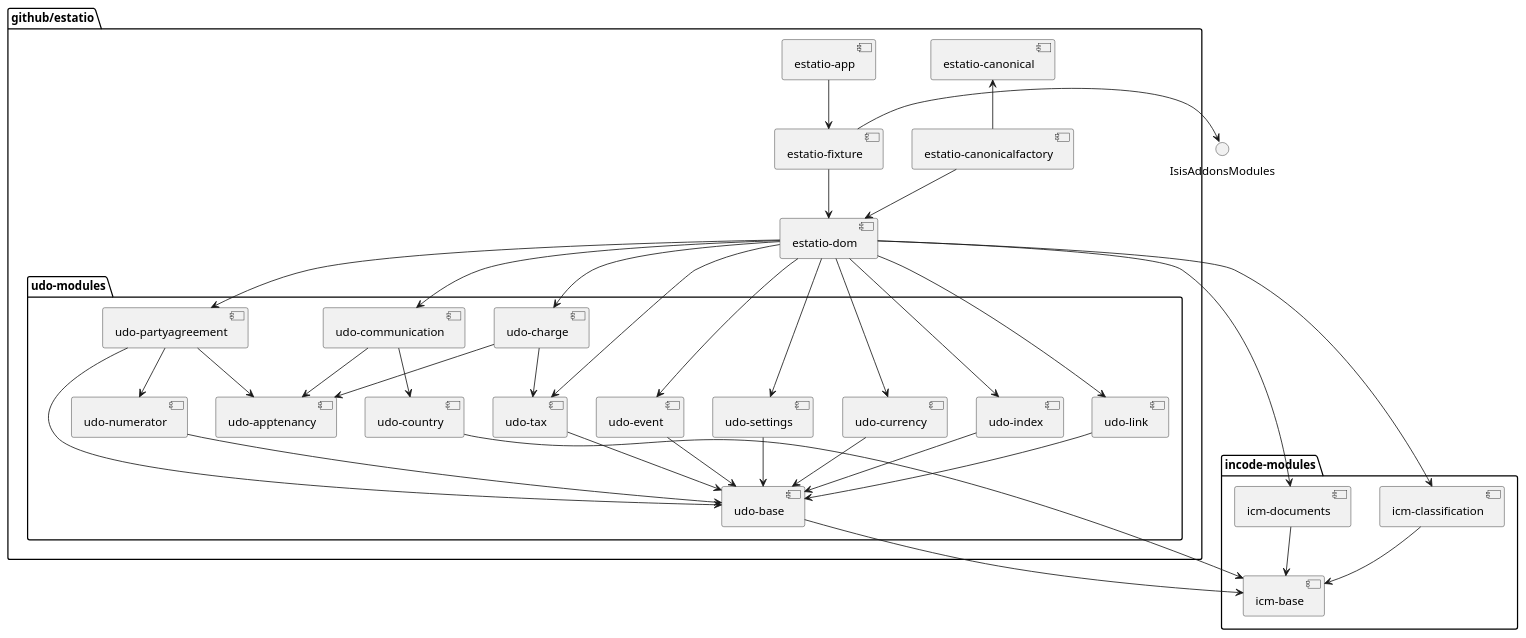
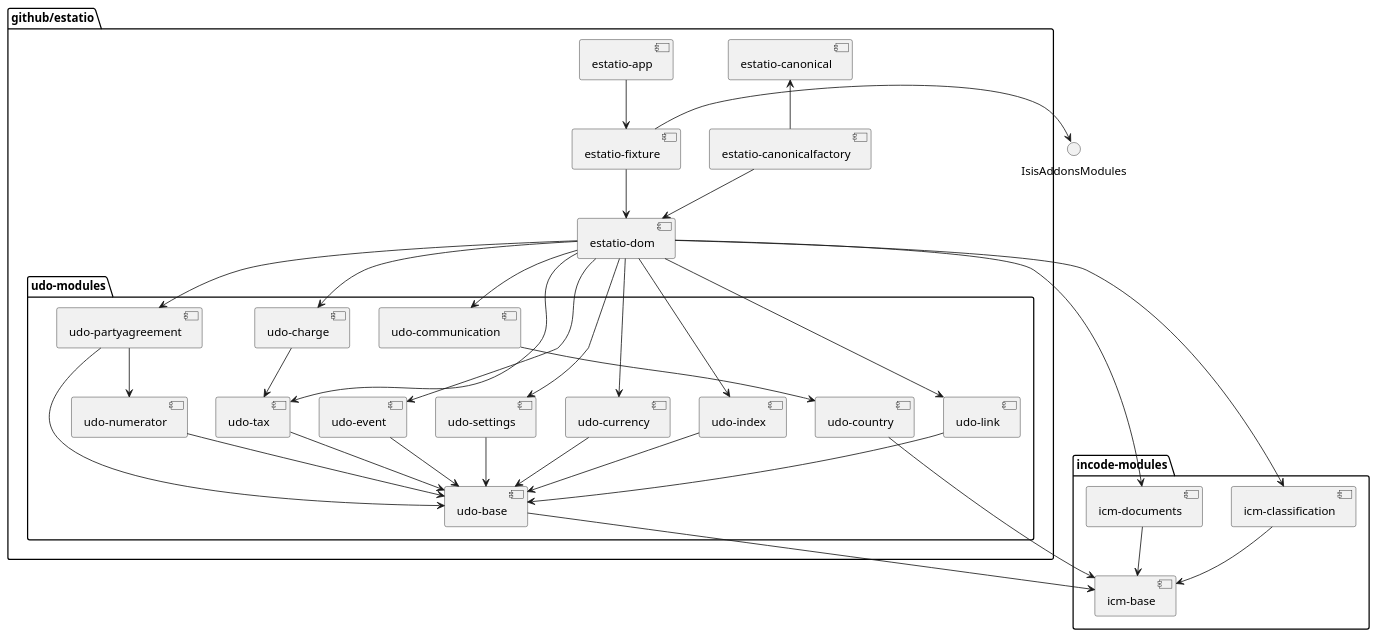
Before and after one commit to incodehq/developers-guide: the second of 3 diagrams in README.adoc, drawn with PlantUML. The commit also changed other lines of this file and 1 other file, not shown here.

Commit message:
fixing bad link, reworking some diagrams

```diff
--- a/README.adoc
+++ b/README.adoc
@@ -99,70 +99,65 @@
 [plantuml, {_imagesdir}/estatio-and-modules, png]
 ....
 package "github/estatio" {
     [estatio-app]
     [estatio-canonicalfactory]
     [estatio-canonical]
     [estatio-fixture]
     [estatio-dom]
 
     [estatio-app] --> [estatio-fixture]
     [estatio-fixture] --> [estatio-dom]
 
     [estatio-canonicalfactory] -up-> [estatio-canonical]
     [estatio-canonicalfactory] --> [estatio-dom]
 
     package "udo-modules" {
         [udo-base]
         [udo-charge]
 
         [udo-charge] --> [udo-tax]
         [udo-partyagreement] --> [udo-numerator]
 
         [udo-communication]
         [udo-country]
 
         [udo-currency] --> [udo-base]
         [udo-index] --> [udo-base]
         [udo-link] --> [udo-base]
         [udo-numerator] --> [udo-base]
         [udo-partyagreement] --> [udo-base]
         [udo-tax] --> [udo-base]
         [udo-event] --> [udo-base]
         [udo-settings] --> [udo-base]
 
-
-        [udo-communication] --> [udo-apptenancy]
         [udo-communication] --> [udo-country]
-
-        [udo-charge] --> [udo-apptenancy]
-        [udo-partyagreement] --> [udo-apptenancy]
     }
 
     [estatio-dom] --> [udo-charge]
     [estatio-dom] --> [udo-currency]
     [estatio-dom] --> [udo-index]
     [estatio-dom] --> [udo-link]
     [estatio-dom] --> [udo-partyagreement]
     [estatio-dom] --> [udo-tax]
     [estatio-dom] --> [udo-event]
     [estatio-dom] --> [udo-settings]
     [estatio-dom] --> [udo-communication]
 
 }
 
 
 package "incode-modules" {
     [icm-base]
     [icm-documents] --> [icm-base]
     [icm-classification] --> [icm-base]
 }
 
 
 [estatio-dom] --> [icm-documents]
 [estatio-dom] --> [icm-classification]
 
 [udo-base] --> [icm-base]
 [udo-country] --> [icm-base]
 
 [estatio-fixture] -right-> IsisAddonsModules
 ....
```
